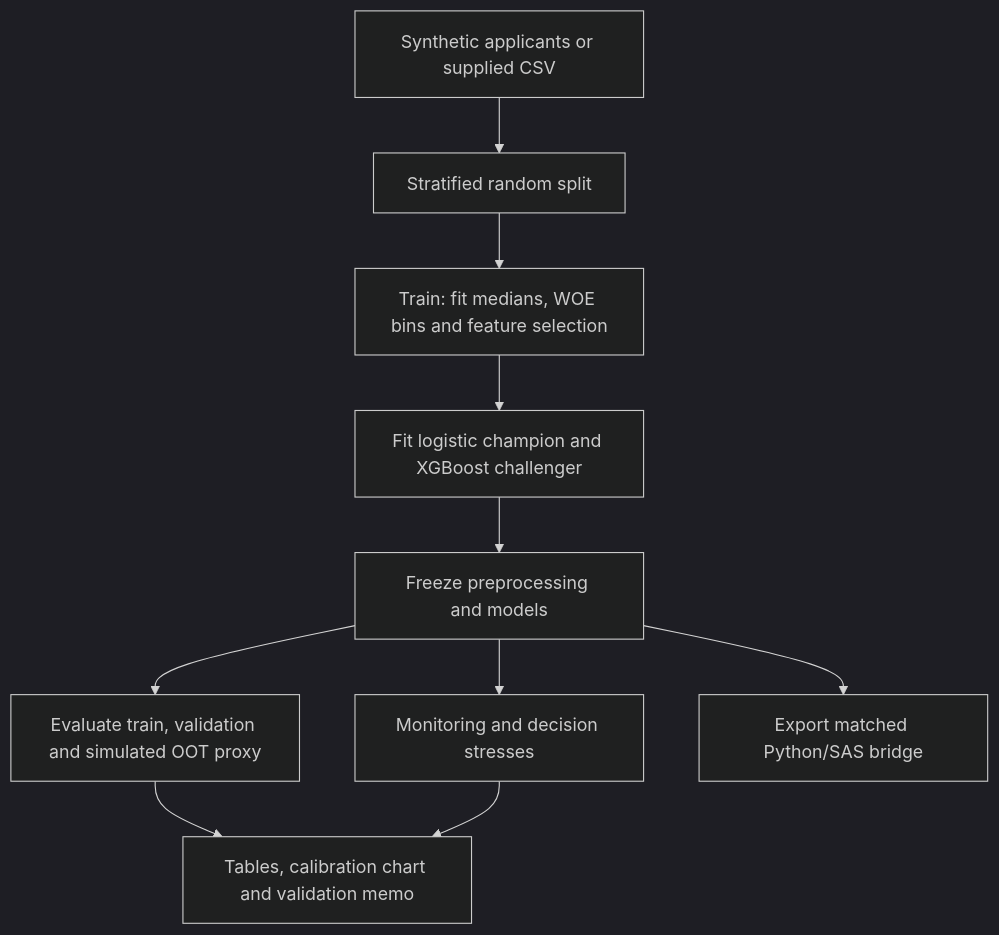
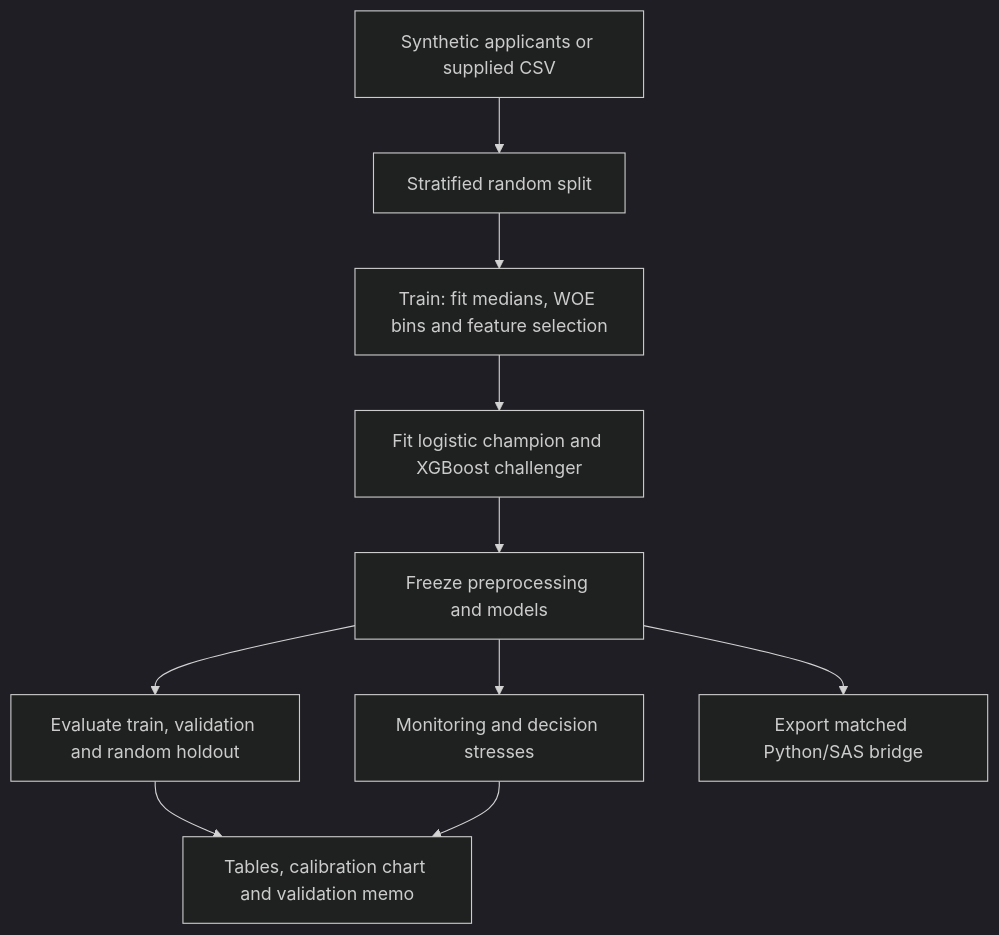
Before and after one commit to oki-dokii/Credit-Risk: the diagram in README.md, drawn with Mermaid (dark theme). The commit also changed other lines of this file and 52 other files, not shown here.

````diff
--- a/README.md
+++ b/README.md
@@ -87,12 +87,12 @@
 ```mermaid
 flowchart TD
     A[Synthetic applicants or supplied CSV] --> B[Stratified random split]
     B --> C[Train: fit medians, WOE bins and feature selection]
     C --> D[Fit logistic champion and XGBoost challenger]
     D --> E[Freeze preprocessing and models]
-    E --> F[Evaluate train, validation and simulated OOT proxy]
+    E --> F[Evaluate train, validation and random holdout]
     E --> G[Monitoring and decision stresses]
     E --> H[Export matched Python/SAS bridge]
     F --> I[Tables, calibration chart and validation memo]
     G --> I
 ```
````
